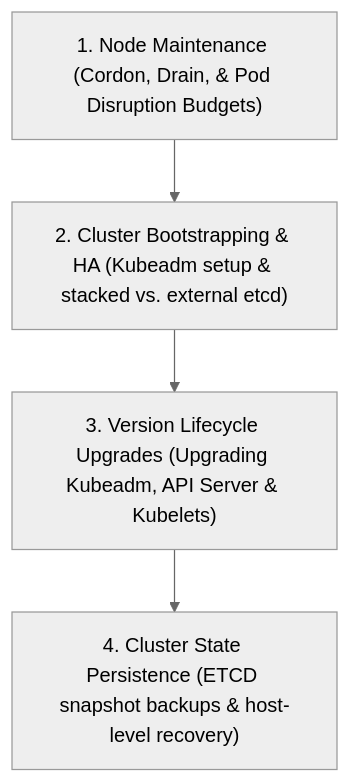
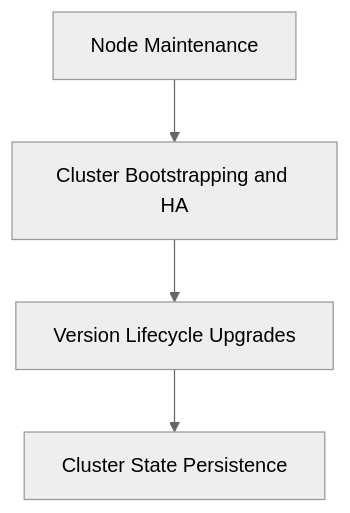
The first of 3 diagrams in Reference Notes/11_maintenance_upgrades_and_etcd.md (kmashour/BrainDump), drawn with Mermaid (neutral theme) before and after one commit. The commit also changed 15 other files, not shown here.

Commit message:
docs: simplify cognitive map mermaid syntax for general compatibility

````diff
--- a/Reference Notes/11_maintenance_upgrades_and_etcd.md
+++ b/Reference Notes/11_maintenance_upgrades_and_etcd.md
@@ -11,6 +11,6 @@
 ```mermaid
 graph TD
-    A["1. Node Maintenance (Cordon, Drain, & Pod Disruption Budgets)"] --> B["2. Cluster Bootstrapping & HA (Kubeadm setup & stacked vs. external etcd)"]
-    B --> C["3. Version Lifecycle Upgrades (Upgrading Kubeadm, API Server & Kubelets)"]
-    C --> D["4. Cluster State Persistence (ETCD snapshot backups & host-level recovery)"]
+    A["Node Maintenance"] --> B["Cluster Bootstrapping and HA"]
+    B --> C["Version Lifecycle Upgrades"]
+    C --> D["Cluster State Persistence"]
 ```
````
